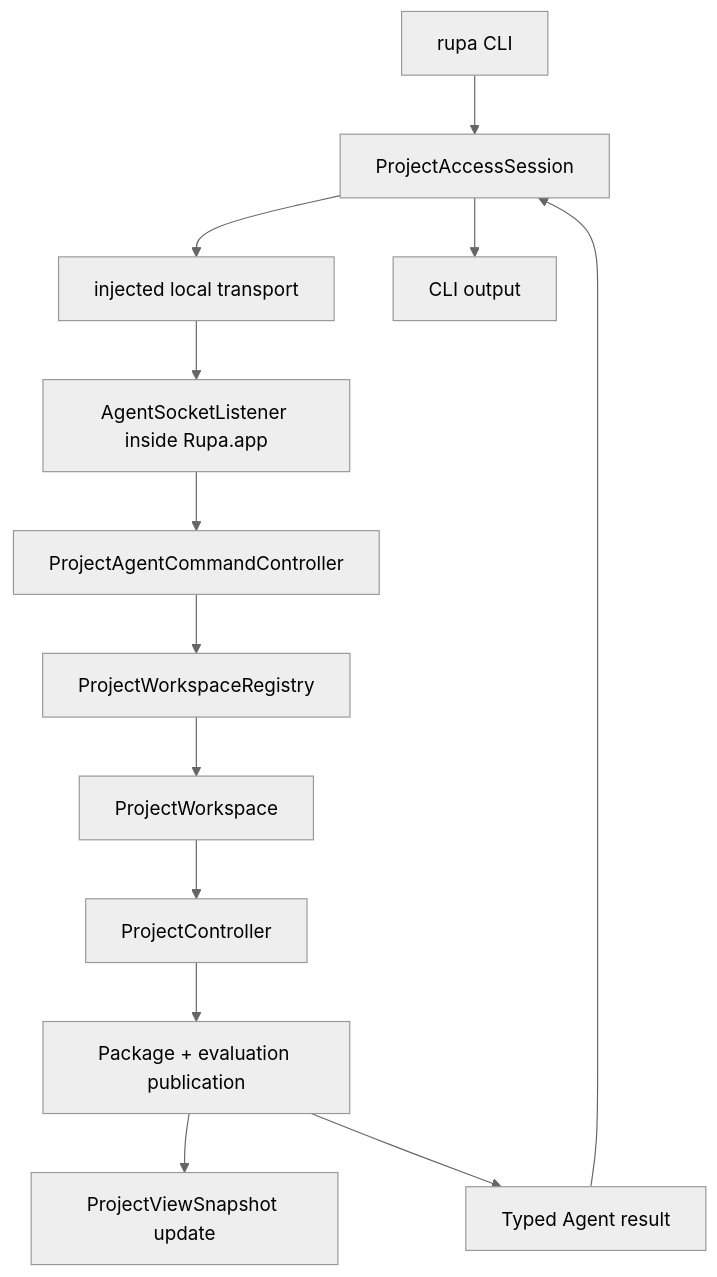
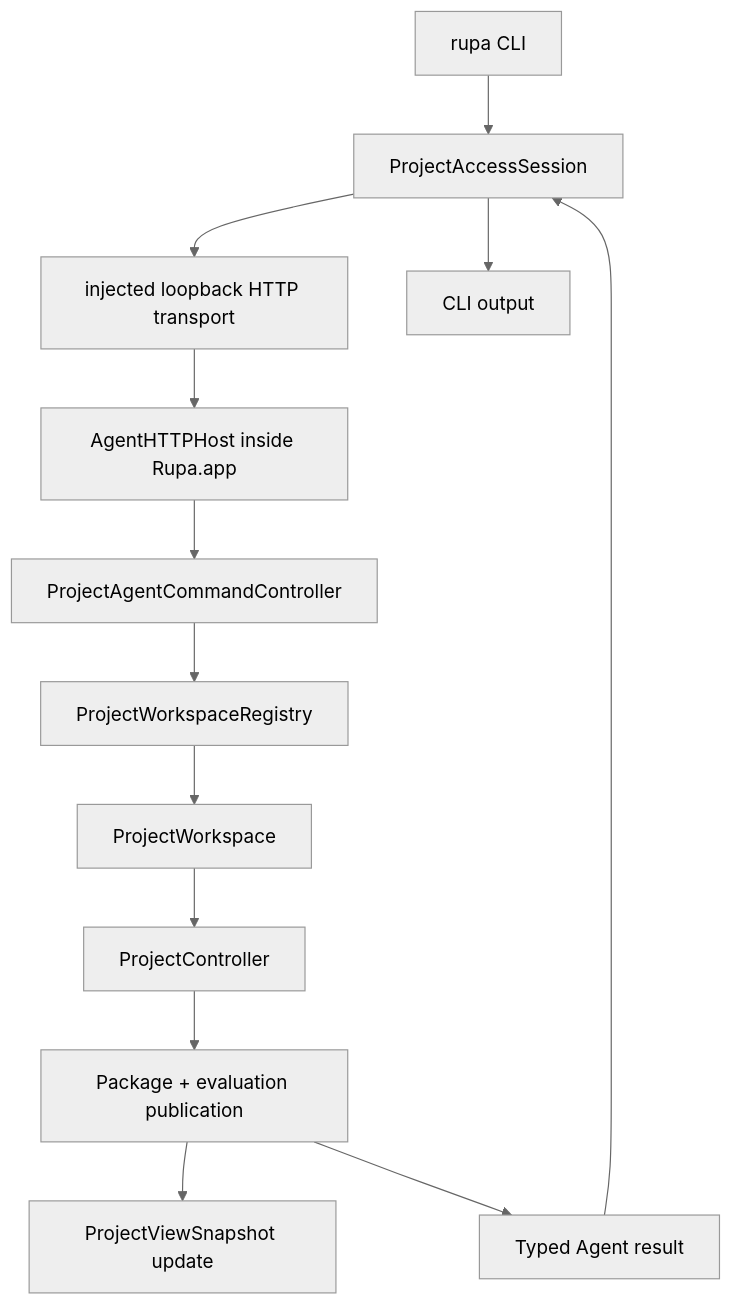
Before and after one commit to 1amageek/Rupa: diagram 24 of 26 in Rupa/SPEC.md, drawn with Mermaid (neutral theme). The commit also changed other lines of this file and 133 other files, not shown here.

````diff
--- a/Rupa/SPEC.md
+++ b/Rupa/SPEC.md
@@ -1259,15 +1246,15 @@
 ```mermaid
 flowchart TD
     CLI["rupa CLI"] --> Session["ProjectAccessSession"]
-    Session --> IPC["injected local transport"]
-    IPC --> Listener["AgentSocketListener inside Rupa.app"]
+    Session --> IPC["injected loopback HTTP transport"]
+    IPC --> Listener["AgentHTTPHost inside Rupa.app"]
     Listener --> Controller["ProjectAgentCommandController"]
     Controller --> Registry["ProjectWorkspaceRegistry"]
     Registry --> Workspace["ProjectWorkspace"]
     Workspace --> Project["ProjectController"]
     Project --> Eval["Package + evaluation publication"]
     Eval --> Render["ProjectViewSnapshot update"]
     Eval --> Result["Typed Agent result"]
     Result --> Session
     Session --> Output["CLI output"]
 ```
````
